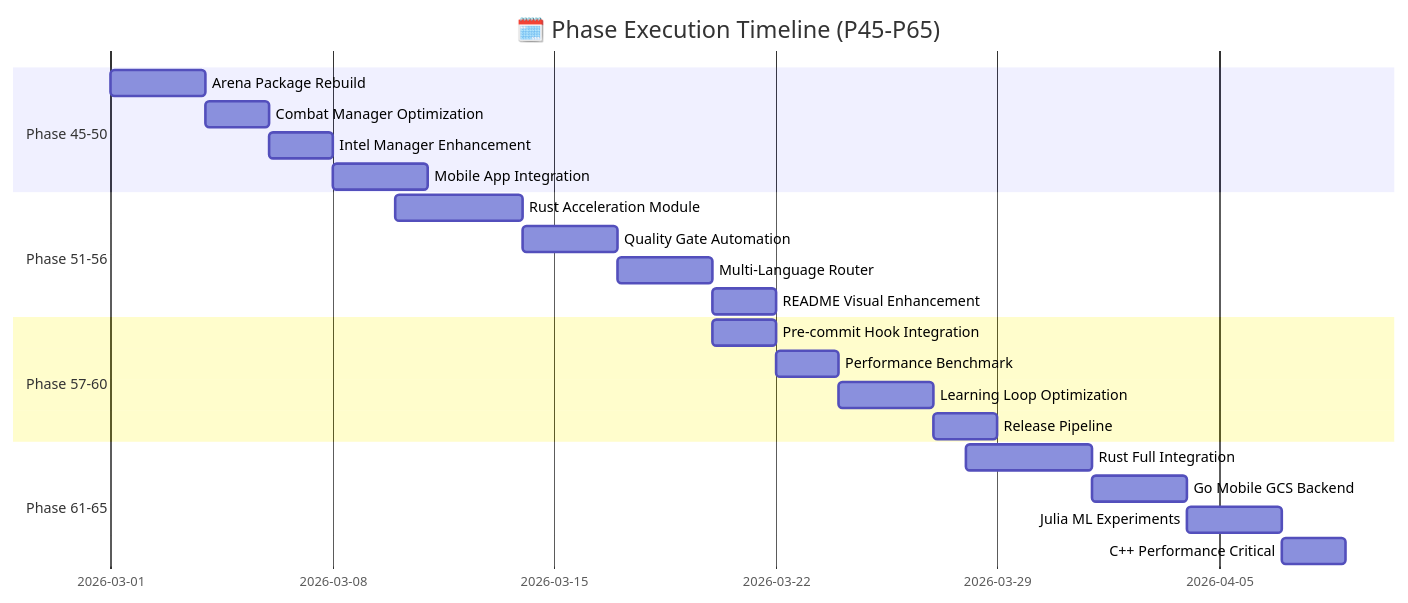
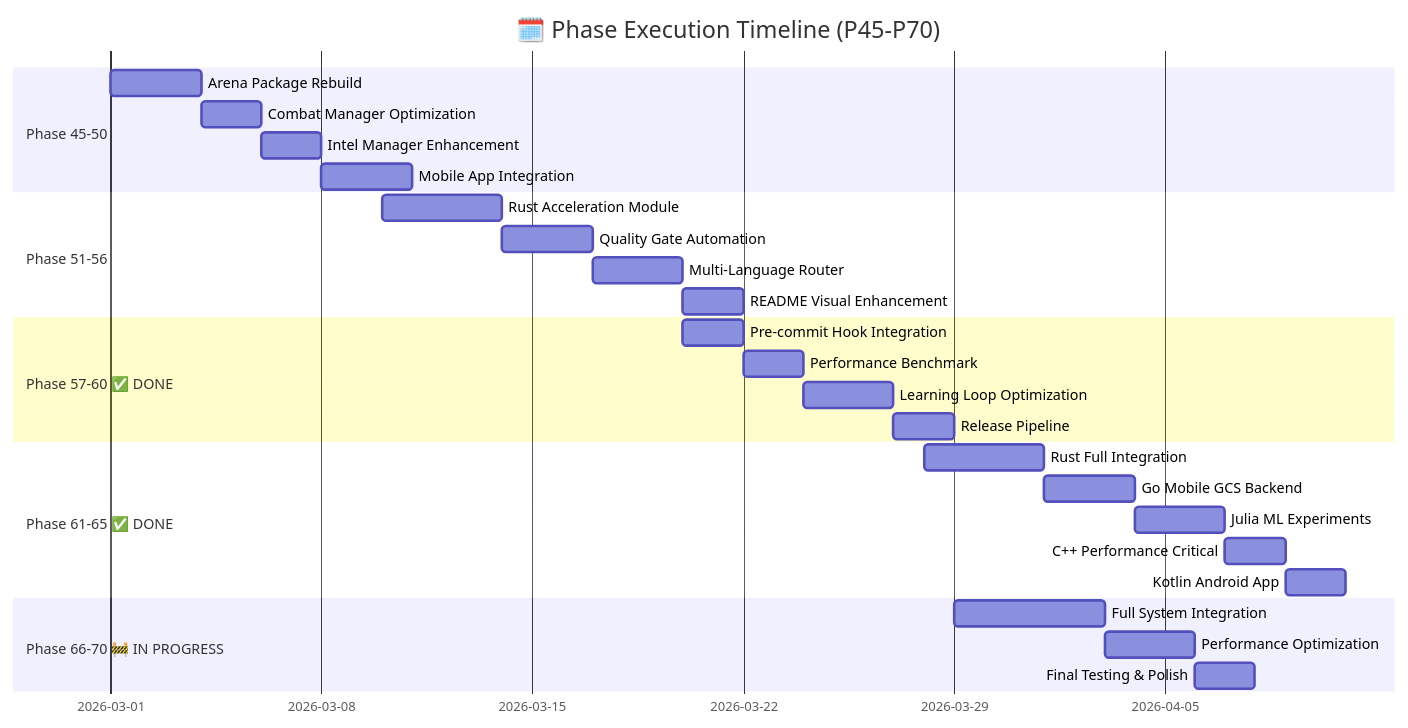
Before and after one commit to sun475300-sudo/Swarm-control-in-sc2bot: the fourth of 41 diagrams in README.md, drawn with Mermaid. The commit also changed other lines of this file and 24 other files, not shown here.

````diff
--- a/README.md
+++ b/README.md
@@ -241,25 +241,30 @@
 ```mermaid
 gantt
-    title 🗓️ Phase Execution Timeline (P45-P65)
+    title 🗓️ Phase Execution Timeline (P45-P70)
     dateFormat  YYYY-MM-DD
     section Phase 45-50
     Arena Package Rebuild          :a1, 2026-03-01, 3d
     Combat Manager Optimization    :a2, after a1, 2d
     Intel Manager Enhancement      :a3, after a2, 2d
     Mobile App Integration         :a4, after a3, 3d
     section Phase 51-56
     Rust Acceleration Module       :b1, 2026-03-10, 4d
     Quality Gate Automation        :b2, after b1, 3d
     Multi-Language Router          :b3, after b2, 3d
     README Visual Enhancement       :b4, after b3, 2d
-    section Phase 57-60
+    section Phase 57-60 ✅ DONE
     Pre-commit Hook Integration    :c1, 2026-03-20, 2d
     Performance Benchmark          :c2, after c1, 2d
     Learning Loop Optimization     :c3, after c2, 3d
     Release Pipeline               :c4, after c3, 2d
-    section Phase 61-65
+    section Phase 61-65 ✅ DONE
     Rust Full Integration          :d1, 2026-03-28, 4d
     Go Mobile GCS Backend          :d2, after d1, 3d
     Julia ML Experiments           :d3, after d2, 3d
     C++ Performance Critical       :d4, after d3, 2d
+    Kotlin Android App            :d5, after d4, 2d
+    section Phase 66-70 🚧 IN PROGRESS
+    Full System Integration        :e1, 2026-03-29, 5d
+    Performance Optimization       :e2, after e1, 3d
+    Final Testing & Polish        :e3, after e2, 2d
 ```
````
